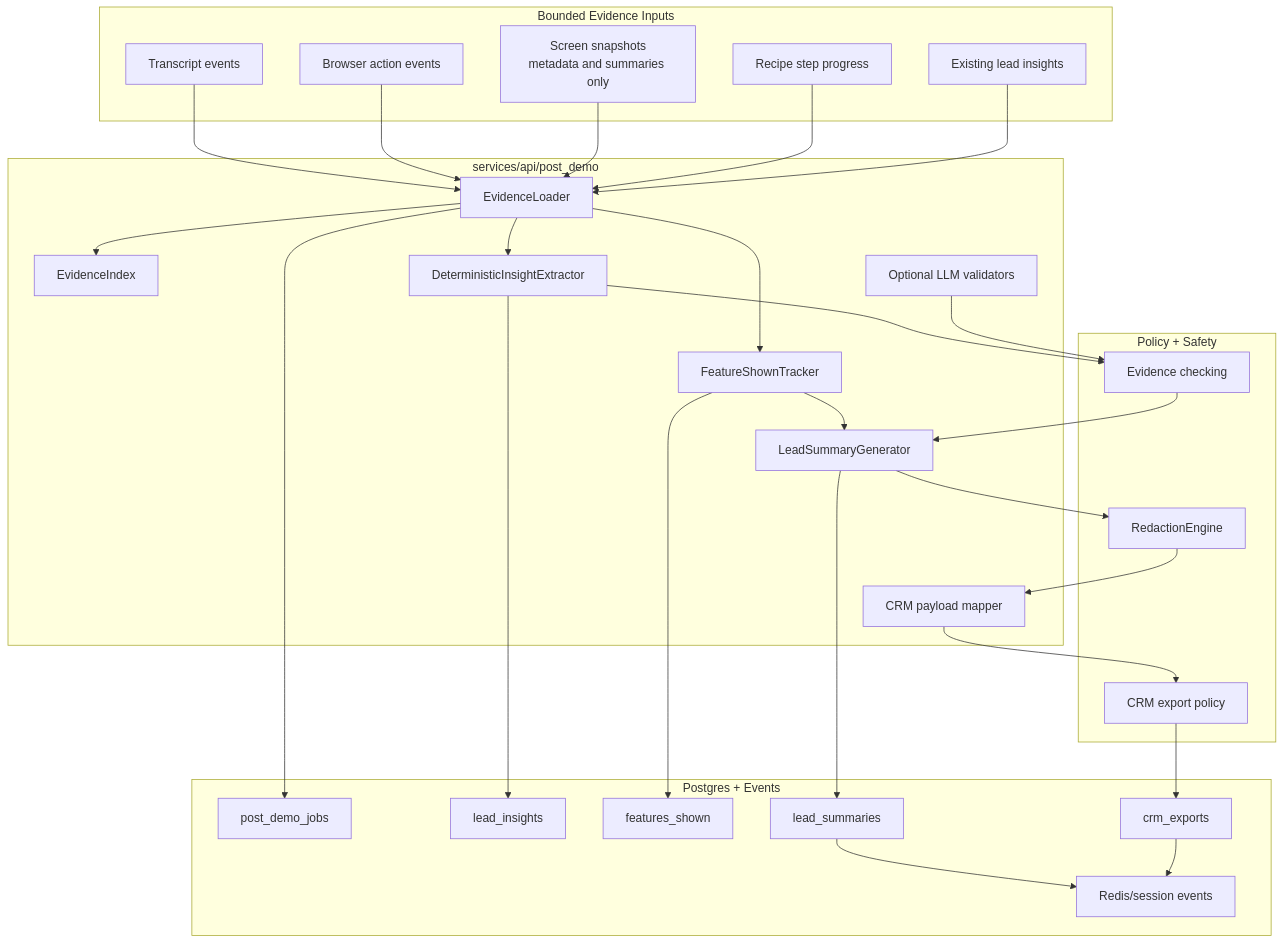
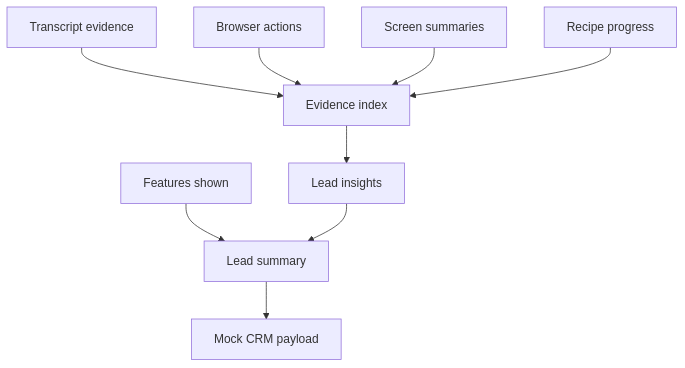
The diagram in docs/architecture/post-demo-intelligence.md (roshaninfordham/personalised-demo-ai-agent), drawn with Mermaid before and after one commit. The commit also changed other lines of this file and 61 other files, not shown here.

````diff
--- a/docs/architecture/post-demo-intelligence.md
+++ b/docs/architecture/post-demo-intelligence.md
@@ -9,58 +5,21 @@
 ```mermaid
 flowchart TB
-    subgraph Evidence["Bounded Evidence Inputs"]
-        Transcript["Transcript events"]
-        Actions["Browser action events"]
-        Screens["Screen snapshots<br/>metadata and summaries only"]
-        Progress["Recipe step progress"]
-        Existing["Existing lead insights"]
-    end
+    Transcript["Transcript evidence"]
+    Actions["Browser actions"]
+    Screens["Screen summaries"]
+    Recipe["Recipe progress"]
+    Features["Features shown"]
+    Index["Evidence index"]
+    Insights["Lead insights"]
+    Summary["Lead summary"]
+    CRM["Mock CRM payload"]
 
-    subgraph Intelligence["services/api/post_demo"]
-        Loader["EvidenceLoader"]
-        Index["EvidenceIndex"]
-        Features["FeatureShownTracker"]
-        Rules["DeterministicInsightExtractor"]
-        LLM["Optional LLM validators"]
-        Summary["LeadSummaryGenerator"]
-        Mapper["CRM payload mapper"]
-    end
-
-    subgraph Safety["Policy + Safety"]
-        EvidenceCheck["Evidence checking"]
-        Redaction["RedactionEngine"]
-        ExportPolicy["CRM export policy"]
-    end
-
-    subgraph Storage["Postgres + Events"]
-        Jobs["post_demo_jobs"]
-        Insights["lead_insights"]
-        FeaturesDB["features_shown"]
-        Summaries["lead_summaries"]
-        Exports["crm_exports"]
-        Events["Redis/session events"]
-    end
-
-    Transcript --> Loader
-    Actions --> Loader
-    Screens --> Loader
-    Progress --> Loader
-    Existing --> Loader
-    Loader --> Index
-    Loader --> Features
-    Loader --> Rules
-    Rules --> EvidenceCheck
-    LLM --> EvidenceCheck
+    Transcript --> Index
+    Actions --> Index
+    Screens --> Index
+    Recipe --> Index
     Features --> Summary
-    EvidenceCheck --> Summary
-    Summary --> Redaction
-    Redaction --> Mapper
-    Mapper --> ExportPolicy
-    ExportPolicy --> Exports
-    Features --> FeaturesDB
-    Rules --> Insights
-    Summary --> Summaries
-    Loader --> Jobs
-    Summaries --> Events
-    Exports --> Events
+    Index --> Insights
+    Insights --> Summary
+    Summary --> CRM
 ```
````
